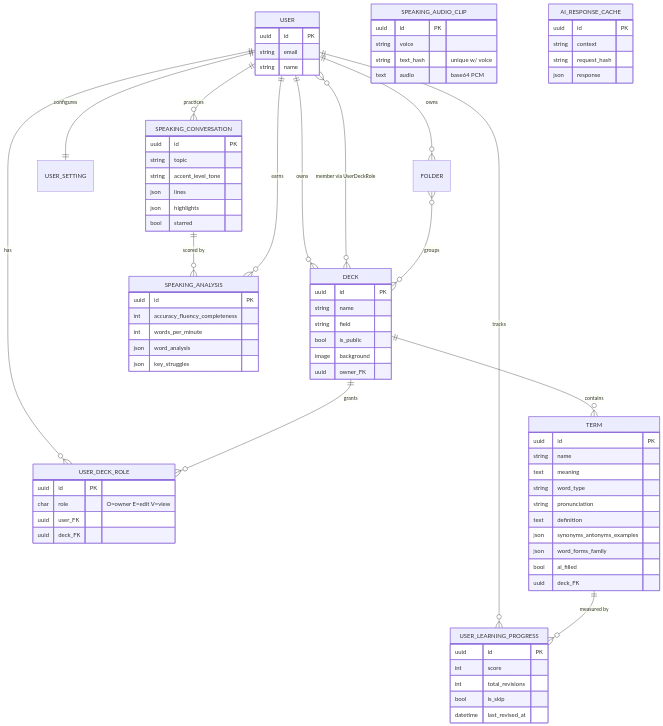
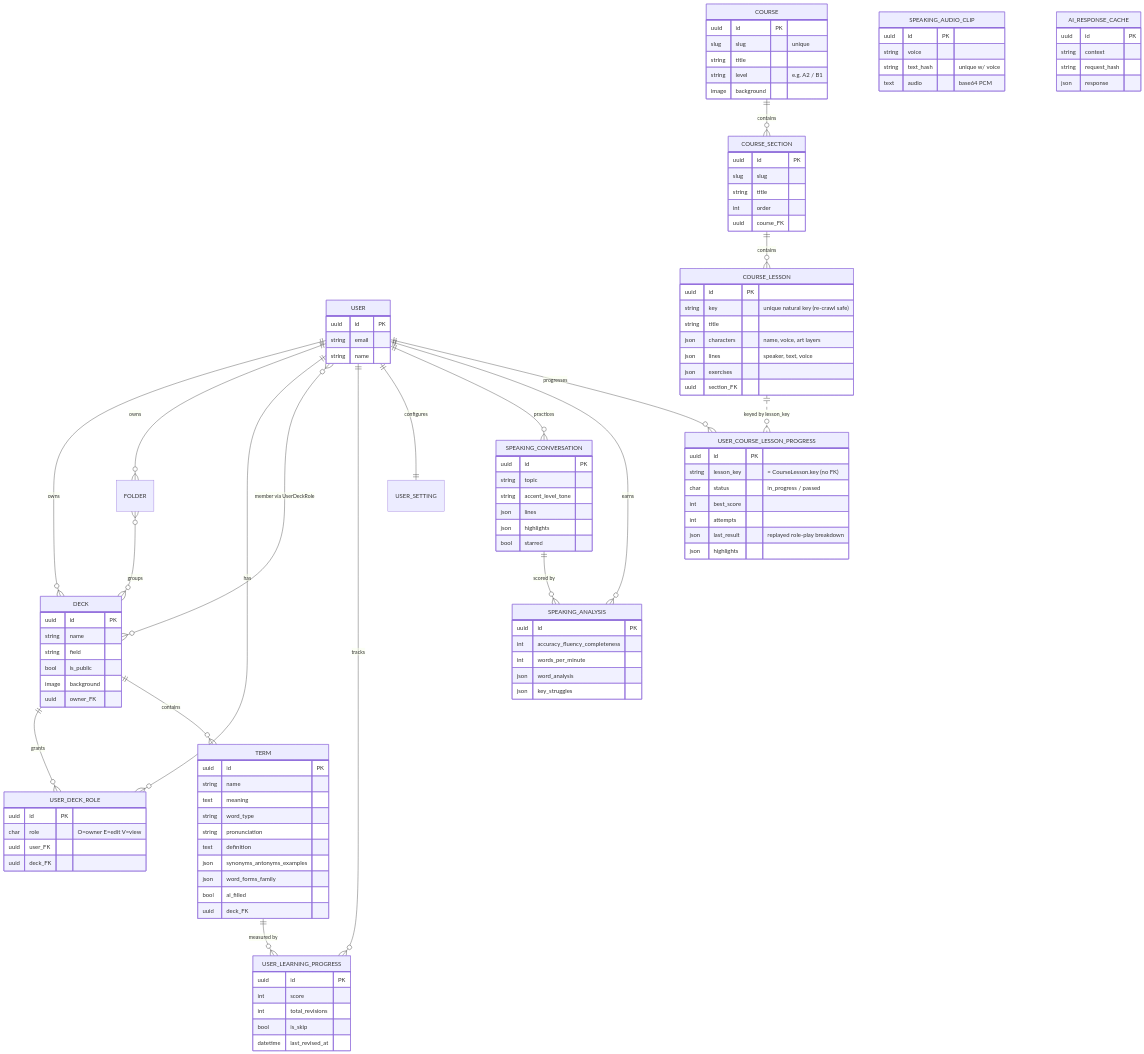
Before and after one commit to ngovandong/flashlearn: the sixth of 18 diagrams in ARCHITECTURE.md, drawn with Mermaid. The commit also changed other lines of this file and 72 other files, not shown here.

````diff
--- a/ARCHITECTURE.md
+++ b/ARCHITECTURE.md
@@ -319,6 +328,10 @@
     USER ||--o{ SPEAKING_CONVERSATION : "practices"
     SPEAKING_CONVERSATION ||--o{ SPEAKING_ANALYSIS : "scored by"
     USER ||--o{ SPEAKING_ANALYSIS : "earns"
+    COURSE ||--o{ COURSE_SECTION : "contains"
+    COURSE_SECTION ||--o{ COURSE_LESSON : "contains"
+    USER ||--o{ USER_COURSE_LESSON_PROGRESS : "progresses"
+    COURSE_LESSON ||..o{ USER_COURSE_LESSON_PROGRESS : "keyed by lesson_key"
 
     USER {
         uuid id PK
@@ -385,4 +398,36 @@
         string request_hash
         json response
     }
+    COURSE {
+        uuid id PK
+        slug slug "unique"
+        string title
+        string level "e.g. A2 / B1"
+        image background
+    }
+    COURSE_SECTION {
+        uuid id PK
+        slug slug
+        string title
+        int order
+        uuid course_FK
+    }
+    COURSE_LESSON {
+        uuid id PK
+        string key "unique natural key (re-crawl safe)"
+        string title
+        json characters "name, voice, art layers"
+        json lines "speaker, text, voice"
+        json exercises
+        uuid section_FK
+    }
+    USER_COURSE_LESSON_PROGRESS {
+        uuid id PK
+        string lesson_key "= CourseLesson.key (no FK)"
+        char status "in_progress / passed"
+        int best_score
+        int attempts
+        json last_result "replayed role-play breakdown"
+        json highlights
+    }
 ```
````
